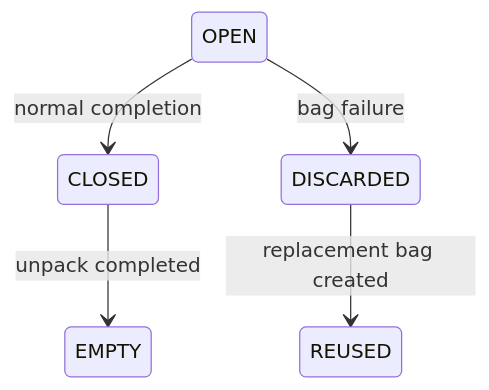
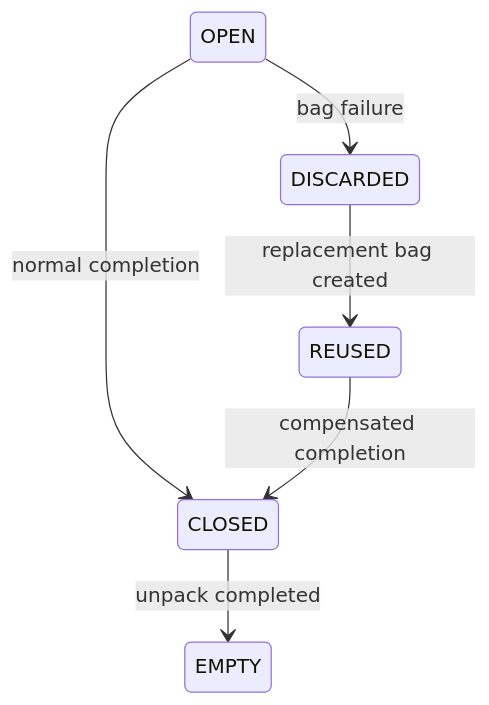
The diagram in README Mini-Project-2.md (ndrspgalan/Logistics-Operations-Improvement-System), drawn with Mermaid before and after one commit.

Commit message:
Update README Mini-Project-2.md

````diff
--- a/README Mini-Project-2.md
+++ b/README Mini-Project-2.md
@@ -32,10 +32,11 @@
 ```mermaid
 stateDiagram-v2
 
 OPEN --> CLOSED : normal completion
 
 OPEN --> DISCARDED : bag failure
 DISCARDED --> REUSED : replacement bag created
+REUSED --> CLOSED : compensated completion
 
 CLOSED --> EMPTY : unpack completed
 ```
````
